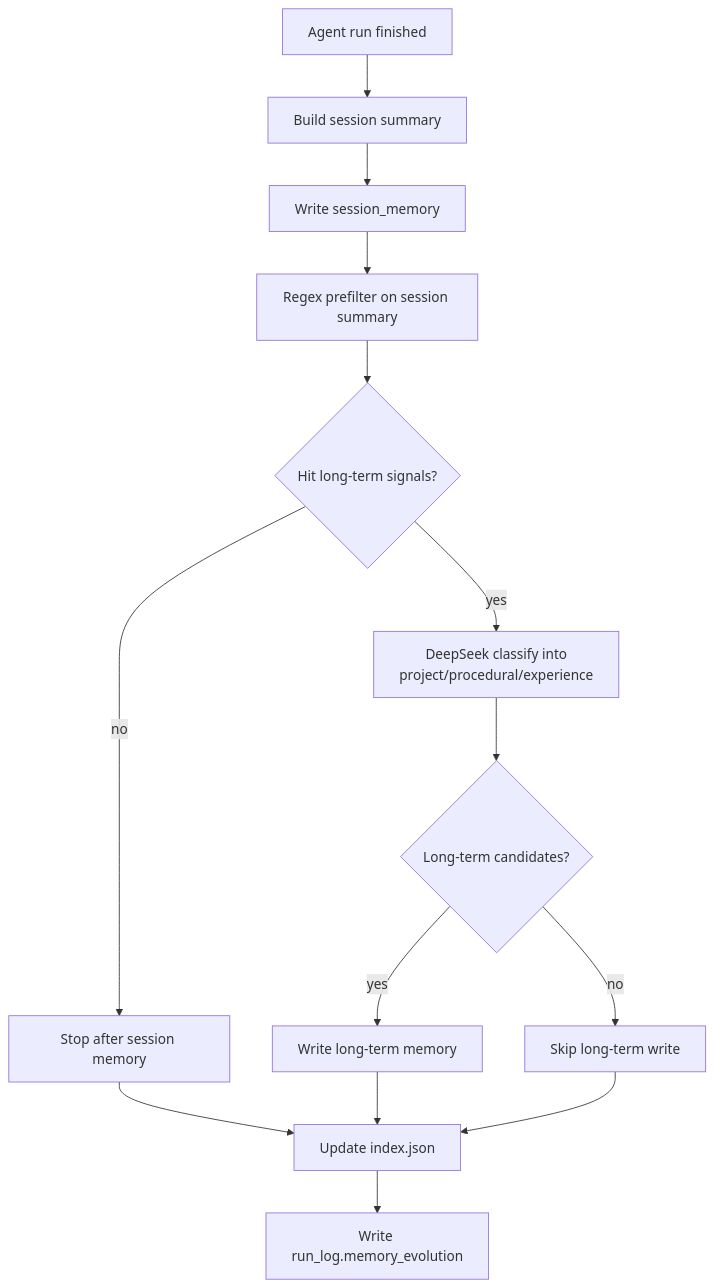
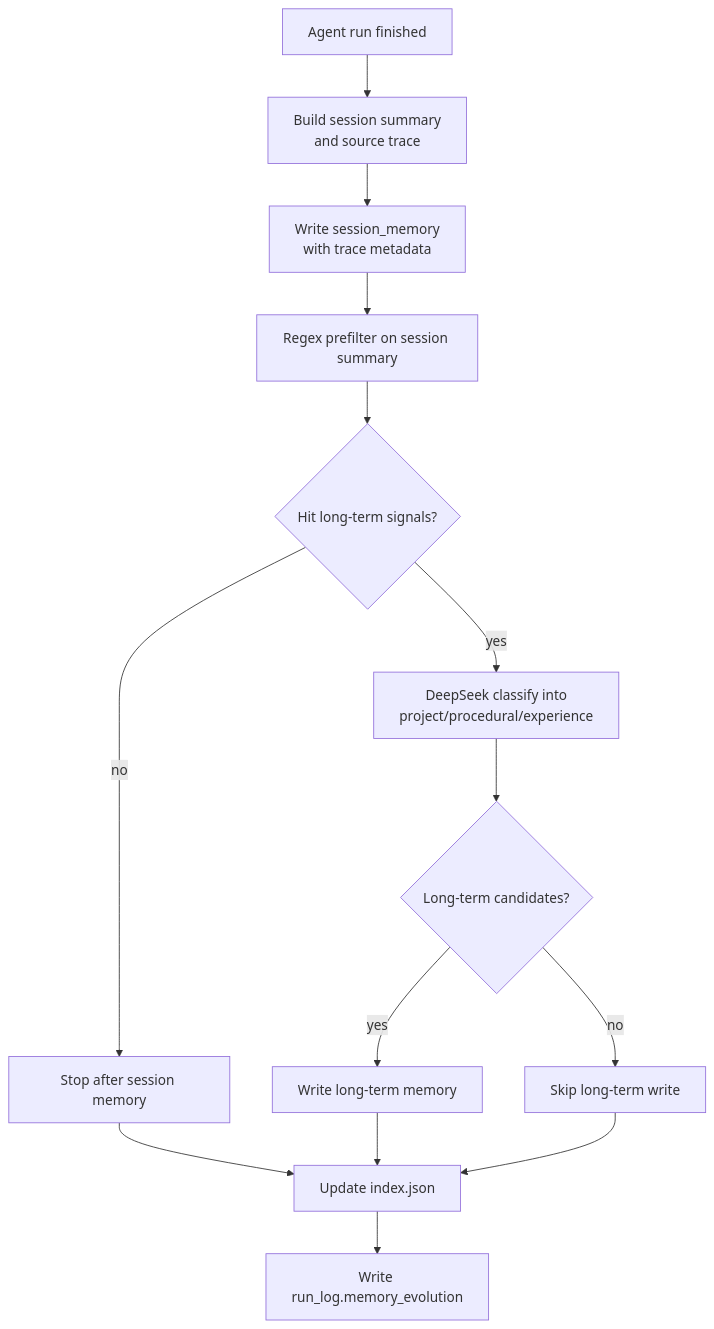
Before and after one commit to Cachuela11/MiniCode: the sixth of 6 diagrams in README.md, drawn with Mermaid. The commit also changed other lines of this file and 5 other files, not shown here.

````diff
--- a/README.md
+++ b/README.md
@@ -226,16 +226,16 @@
 ```mermaid
 flowchart TD
-    A[Agent run finished] --> B[Build session summary]
-    B --> C[Write session_memory]
+    A[Agent run finished] --> B[Build session summary<br/>and source trace]
+    B --> C[Write session_memory<br/>with trace metadata]
     C --> D[Regex prefilter on session summary]
     D --> E{Hit long-term signals?}
     E -->|no| F[Stop after session memory]
     E -->|yes| G[DeepSeek classify into<br/>project/procedural/experience]
     G --> H{Long-term candidates?}
     H -->|yes| I[Write long-term memory]
     H -->|no| J[Skip long-term write]
     F --> K[Update index.json]
     I --> K
     J --> K
     K --> L[Write run_log.memory_evolution]
 ```
````
